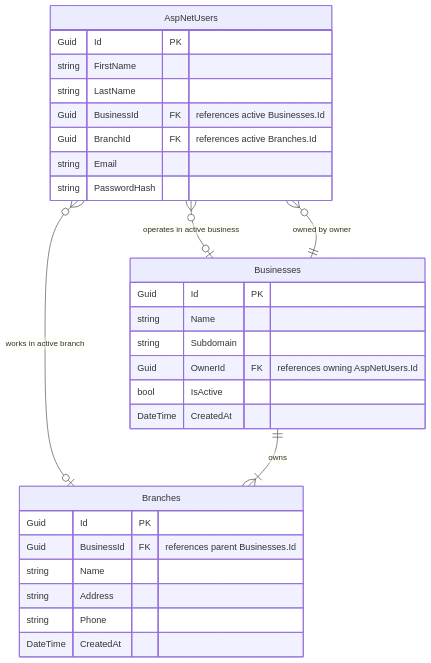
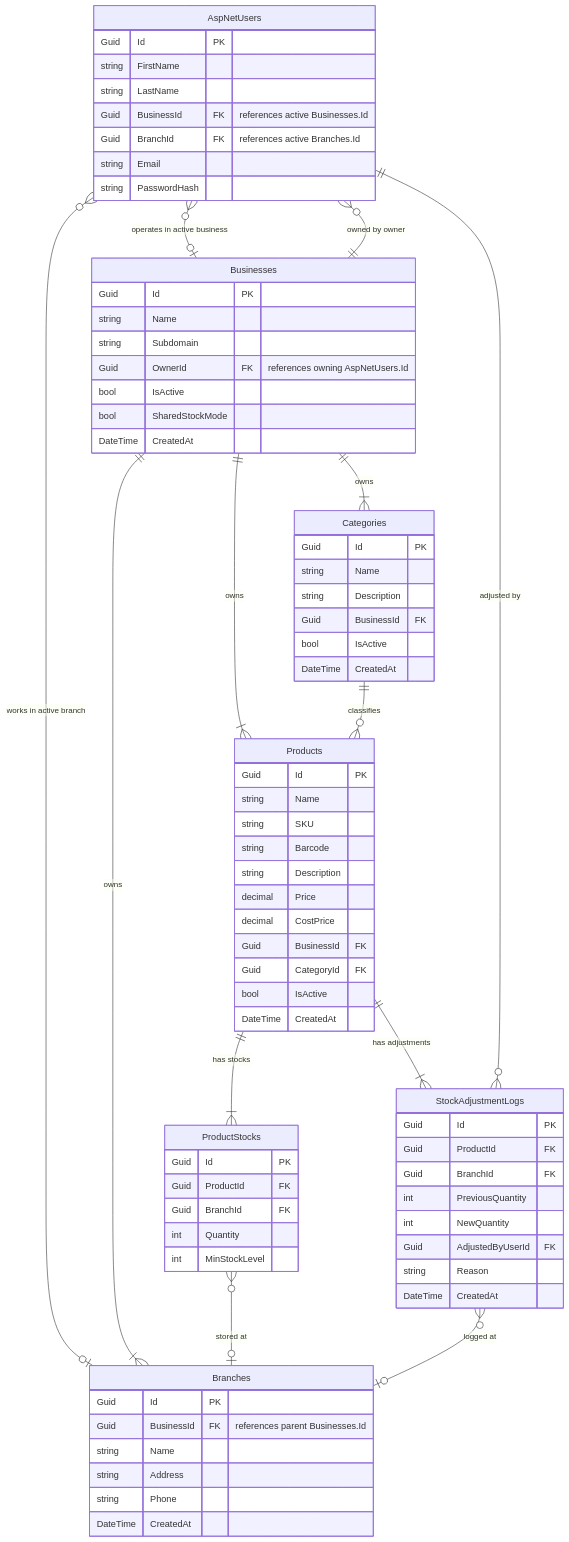
Before and after one commit to Omatsulijoshua/Vendora-POS-Pro: the diagram in DATABASE_SCHEMA.md, drawn with Mermaid. The commit also changed other lines of this file and 4 other files, not shown here.

Commit message:
docs: update progress, architecture, schema, api, and changelog for Phase 6

````diff
--- a/DATABASE_SCHEMA.md
+++ b/DATABASE_SCHEMA.md
@@ -9,33 +9,80 @@
 ```mermaid
 erDiagram
     AspNetUsers {
         Guid Id PK
         string FirstName
         string LastName
         Guid BusinessId FK "references active Businesses.Id"
         Guid BranchId FK "references active Branches.Id"
         string Email
         string PasswordHash
     }
     Businesses {
         Guid Id PK
         string Name
         string Subdomain
         Guid OwnerId FK "references owning AspNetUsers.Id"
         bool IsActive
+        bool SharedStockMode
         DateTime CreatedAt
     }
     Branches {
         Guid Id PK
         Guid BusinessId FK "references parent Businesses.Id"
         string Name
         string Address
         string Phone
         DateTime CreatedAt
     }
+    Categories {
+        Guid Id PK
+        string Name
+        string Description
+        Guid BusinessId FK
+        bool IsActive
+        DateTime CreatedAt
+    }
+    Products {
+        Guid Id PK
+        string Name
+        string SKU
+        string Barcode
+        string Description
+        decimal Price
+        decimal CostPrice
+        Guid BusinessId FK
+        Guid CategoryId FK
+        bool IsActive
+        DateTime CreatedAt
+    }
+    ProductStocks {
+        Guid Id PK
+        Guid ProductId FK
+        Guid BranchId FK
+        int Quantity
+        int MinStockLevel
+    }
+    StockAdjustmentLogs {
+        Guid Id PK
+        Guid ProductId FK
+        Guid BranchId FK
+        int PreviousQuantity
+        int NewQuantity
+        Guid AdjustedByUserId FK
+        string Reason
+        DateTime CreatedAt
+    }
 
     AspNetUsers }o--o| Businesses : "operates in active business"
     AspNetUsers }o--o| Branches : "works in active branch"
     Businesses ||--o{ AspNetUsers : "owned by owner"
     Businesses ||--|{ Branches : "owns"
+    Businesses ||--|{ Categories : "owns"
+    Businesses ||--|{ Products : "owns"
+    Categories ||--o{ Products : "classifies"
+    Products ||--|{ ProductStocks : "has stocks"
+    Products ||--|{ StockAdjustmentLogs : "has adjustments"
+    ProductStocks }o--o| Branches : "stored at"
+    StockAdjustmentLogs }o--o| Branches : "logged at"
+    StockAdjustmentLogs }o--|| AspNetUsers : "adjusted by"
 ```
````
